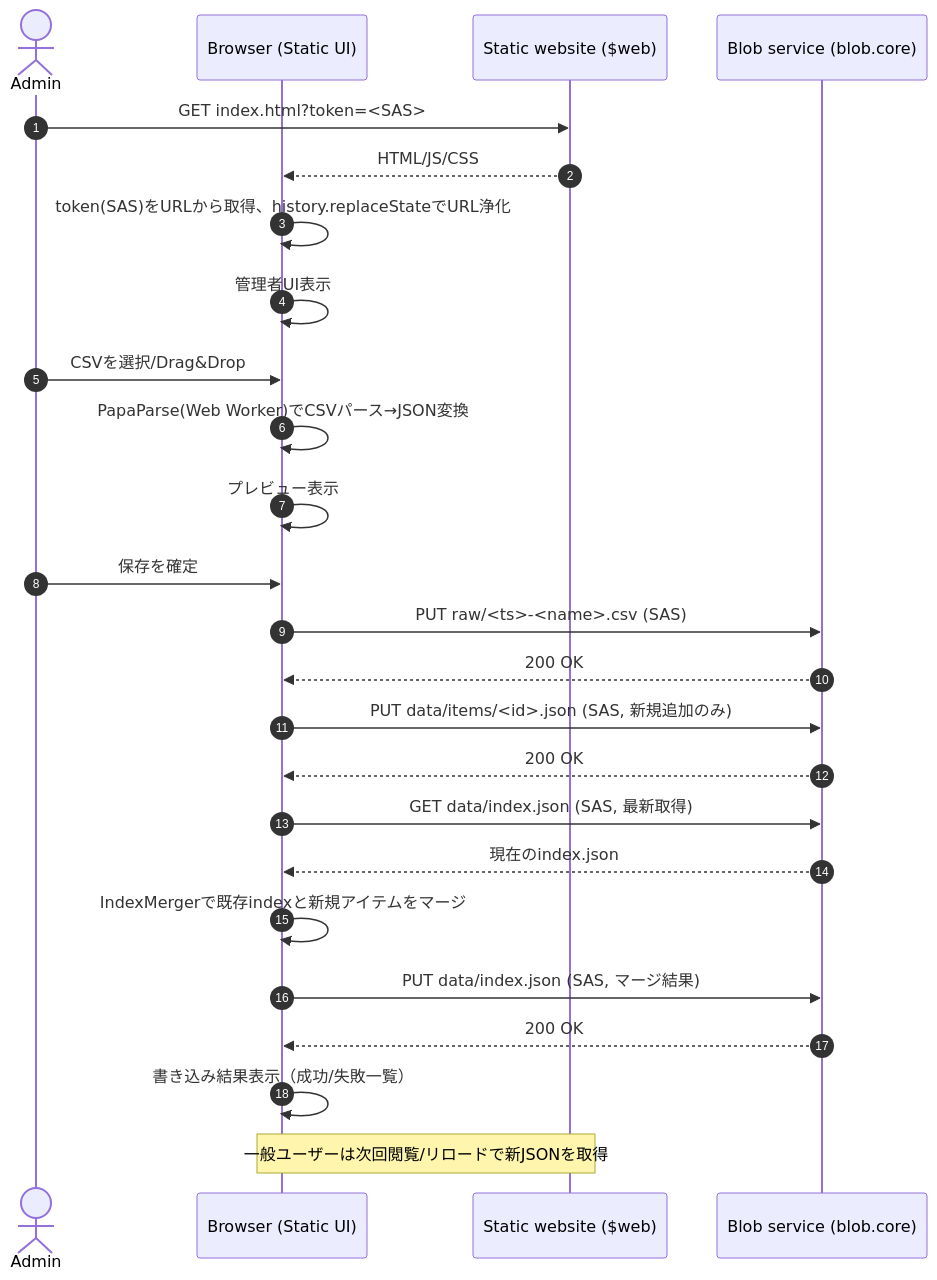
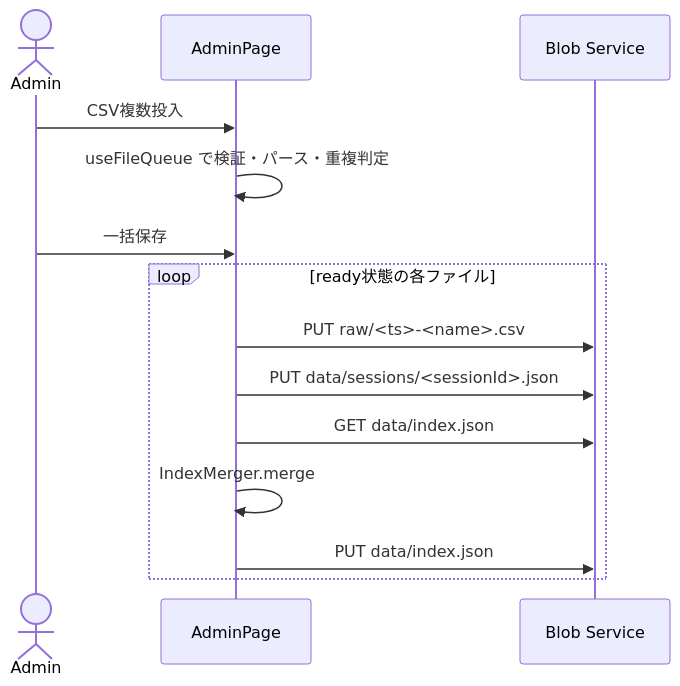
One commit to nuitsjp/teams-board changed the third of 4 diagrams in docs/architecture.md. Above: the diagram before and after it, drawn with Mermaid. The commit also changed other lines of this file and 12 other files, not shown here.

````diff
--- a/docs/architecture.md
+++ b/docs/architecture.md
@@ -164,33 +192,17 @@
 ```mermaid
 sequenceDiagram
-  autonumber
   actor A as Admin
-  participant UI as Browser (Static UI)
-  participant WEB as Static website ($web)
-  participant BLOB as Blob service (blob.core)
+  participant SPA as AdminPage
+  participant BLOB as Blob Service
 
-  A->>WEB: GET index.html?token=<SAS>
-  WEB-->>UI: HTML/JS/CSS
-  UI->>UI: token(SAS)をURLから取得、history.replaceStateでURL浄化
-  UI->>UI: 管理者UI表示
-  A->>UI: CSVを選択/Drag&Drop
-  UI->>UI: PapaParse(Web Worker)でCSVパース→JSON変換
-  UI->>UI: プレビュー表示
-  A->>UI: 保存を確定
-
-  UI->>BLOB: PUT raw/<ts>-<name>.csv (SAS)
-  BLOB-->>UI: 200 OK
-
-  UI->>BLOB: PUT data/items/<id>.json (SAS, 新規追加のみ)
-  BLOB-->>UI: 200 OK
-
-  UI->>BLOB: GET data/index.json (SAS, 最新取得)
-  BLOB-->>UI: 現在のindex.json
-  UI->>UI: IndexMergerで既存indexと新規アイテムをマージ
-
-  UI->>BLOB: PUT data/index.json (SAS, マージ結果)
-  BLOB-->>UI: 200 OK
-  UI->>UI: 書き込み結果表示（成功/失敗一覧）
-
-  Note over UI,WEB: 一般ユーザーは次回閲覧/リロードで新JSONを取得
+  A->>SPA: CSV複数投入
+  SPA->>SPA: useFileQueue で検証・パース・重複判定
+  A->>SPA: 一括保存
+  loop ready状態の各ファイル
+    SPA->>BLOB: PUT raw/<ts>-<name>.csv
+    SPA->>BLOB: PUT data/sessions/<sessionId>.json
+    SPA->>BLOB: GET data/index.json
+    SPA->>SPA: IndexMerger.merge
+    SPA->>BLOB: PUT data/index.json
+  end
 ```
````
